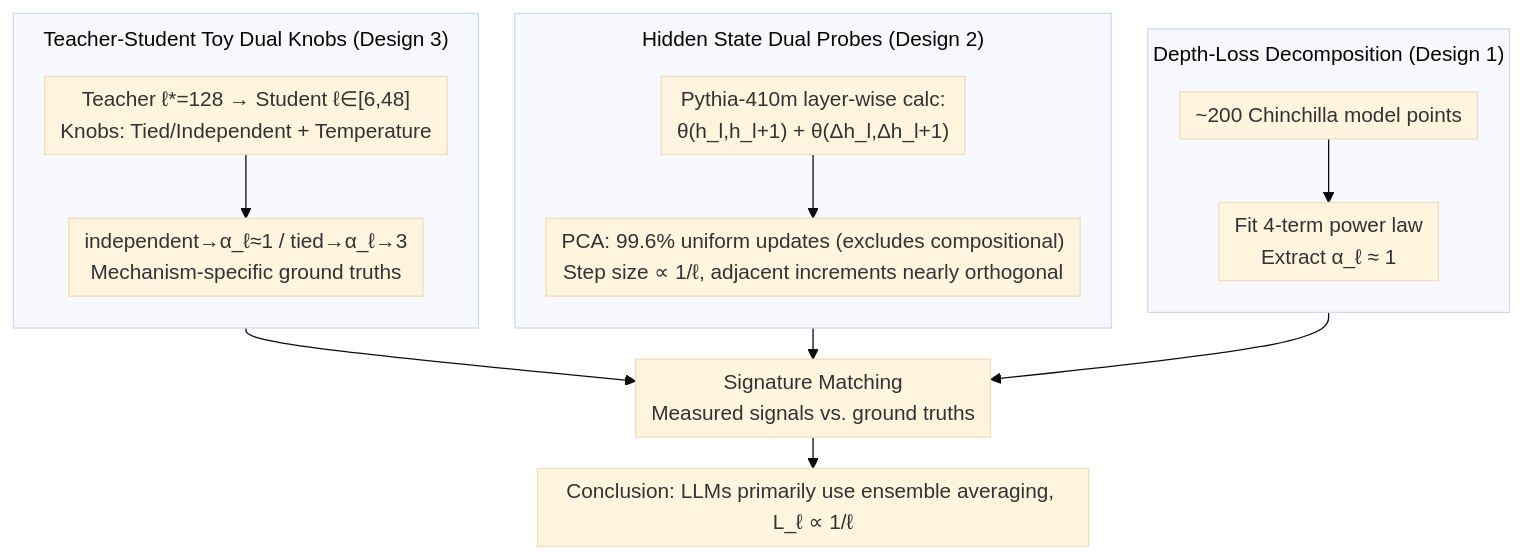
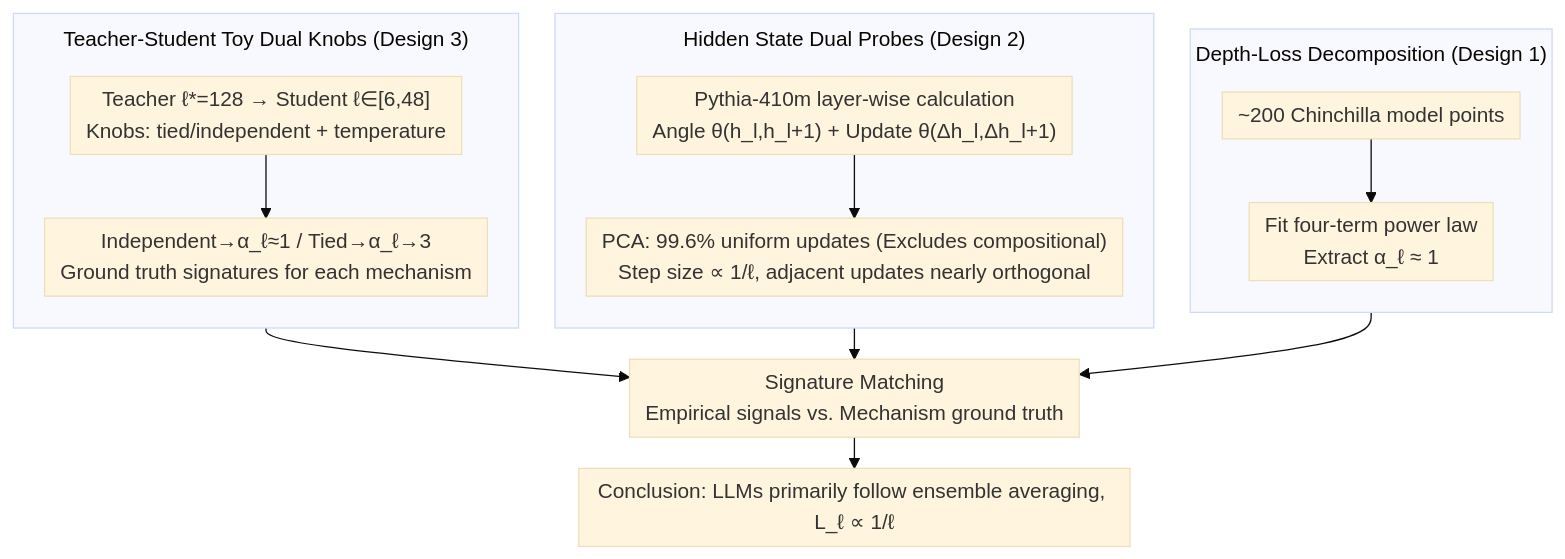
One commit to zhaoyang97/Paper-Notes-en changed the diagram in docs/ICML2026/llm_pretraining/inverse_depth_scaling_from_most_layers_being_similar.md. Above: the diagram before and after it, drawn with Mermaid (base theme). The commit also changed other lines of this file and 5084 other files, not shown here.

````diff
--- a/docs/ICML2026/llm_pretraining/inverse_depth_scaling_from_most_layers_being_similar.md
+++ b/docs/ICML2026/llm_pretraining/inverse_depth_scaling_from_most_layers_being_similar.md
@@ -43,20 +43,20 @@
 ```mermaid
 %%{init: {'flowchart': {'rankSpacing': 24, 'nodeSpacing': 28, 'padding': 6, 'wrappingWidth': 400, 'subGraphTitleMargin': {'top': 8, 'bottom': 16}}}}%%
 flowchart TD
     subgraph FIT["Depth-Loss Decomposition (Design 1)"]
         direction TB
-        D["~200 Chinchilla model points"] --> E["Fit 4-term power law<br/>Extract α_ℓ ≈ 1"]
+        D["~200 Chinchilla model points"] --> E["Fit four-term power law<br/>Extract α_ℓ ≈ 1"]
     end
     subgraph PROBE["Hidden State Dual Probes (Design 2)"]
         direction TB
-        A["Pythia-410m layer-wise calc:<br/>θ(h_l,h_l+1) + θ(Δh_l,Δh_l+1)"] --> B["PCA: 99.6% uniform updates (excludes compositional)<br/>Step size ∝ 1/ℓ, adjacent increments nearly orthogonal"]
+        A["Pythia-410m layer-wise calculation<br/>Angle θ(h_l,h_l+1) + Update θ(Δh_l,Δh_l+1)"] --> B["PCA: 99.6% uniform updates (Excludes compositional)<br/>Step size ∝ 1/ℓ, adjacent updates nearly orthogonal"]
     end
     subgraph TOY["Teacher-Student Toy Dual Knobs (Design 3)"]
         direction TB
-        G["Teacher ℓ*=128 → Student ℓ∈[6,48]<br/>Knobs: Tied/Independent + Temperature"] --> H["independent→α_ℓ≈1 / tied→α_ℓ→3<br/>Mechanism-specific ground truths"]
+        G["Teacher ℓ*=128 → Student ℓ∈[6,48]<br/>Knobs: tied/independent + temperature"] --> H["Independent→α_ℓ≈1 / Tied→α_ℓ→3<br/>Ground truth signatures for each mechanism"]
     end
-    E --> M["Signature Matching<br/>Measured signals vs. ground truths"]
+    E --> M["Signature Matching<br/>Empirical signals vs. Mechanism ground truth"]
     B --> M
     H --> M
-    M --> Z["Conclusion: LLMs primarily use ensemble averaging, L_ℓ ∝ 1/ℓ"]
+    M --> Z["Conclusion: LLMs primarily follow ensemble averaging, L_ℓ ∝ 1/ℓ"]
 ```
````
